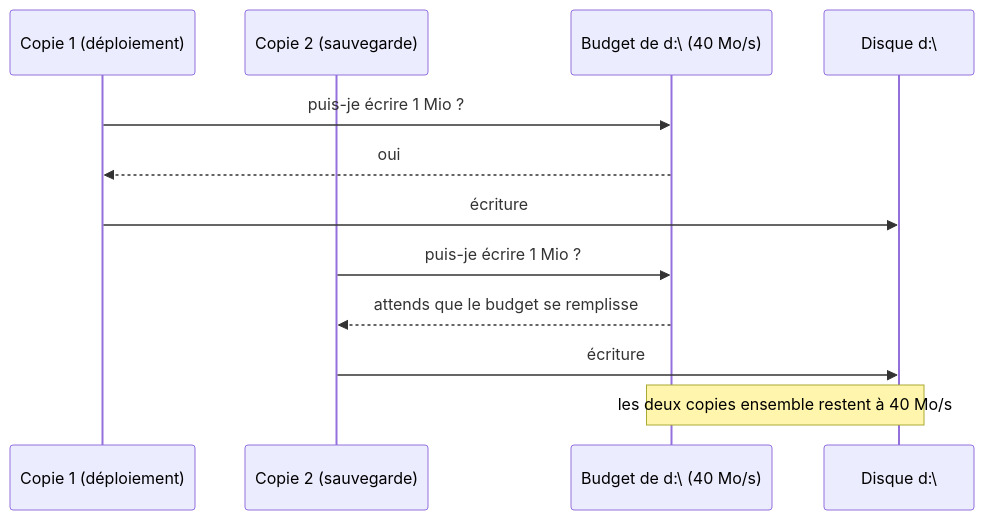
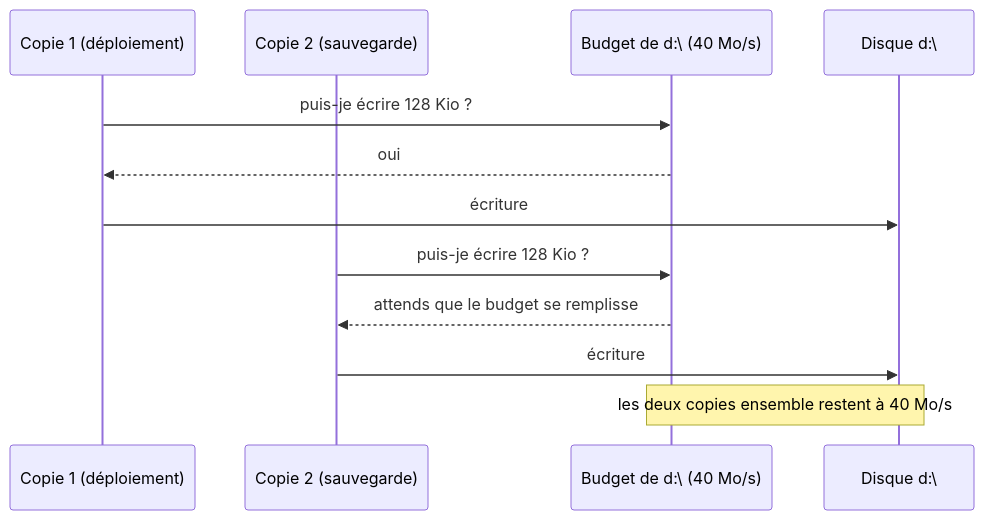
One commit to FreeProject089/BetterModsManager changed the fourth of 7 diagrams in frontend/assets/docs/fr/how-it-works/resources.md. Above: the diagram before and after it, drawn with Mermaid. The commit also changed other lines of this file and 176 other files, not shown here.

````diff
--- a/frontend/assets/docs/fr/how-it-works/resources.md
+++ b/frontend/assets/docs/fr/how-it-works/resources.md
@@ -233,14 +233,14 @@
 ```mermaid
 sequenceDiagram
     participant A as Copie 1 (déploiement)
     participant B as Copie 2 (sauvegarde)
     participant K as Budget de d:\ (40 Mo/s)
     participant D as Disque d:\
-    A->>K: puis-je écrire 1 Mio ?
+    A->>K: puis-je écrire 128 Kio ?
     K-->>A: oui
     A->>D: écriture
-    B->>K: puis-je écrire 1 Mio ?
+    B->>K: puis-je écrire 128 Kio ?
     K-->>B: attends que le budget se remplisse
     B->>D: écriture
     Note over K,D: les deux copies ensemble restent à 40 Mo/s
 ```
````
